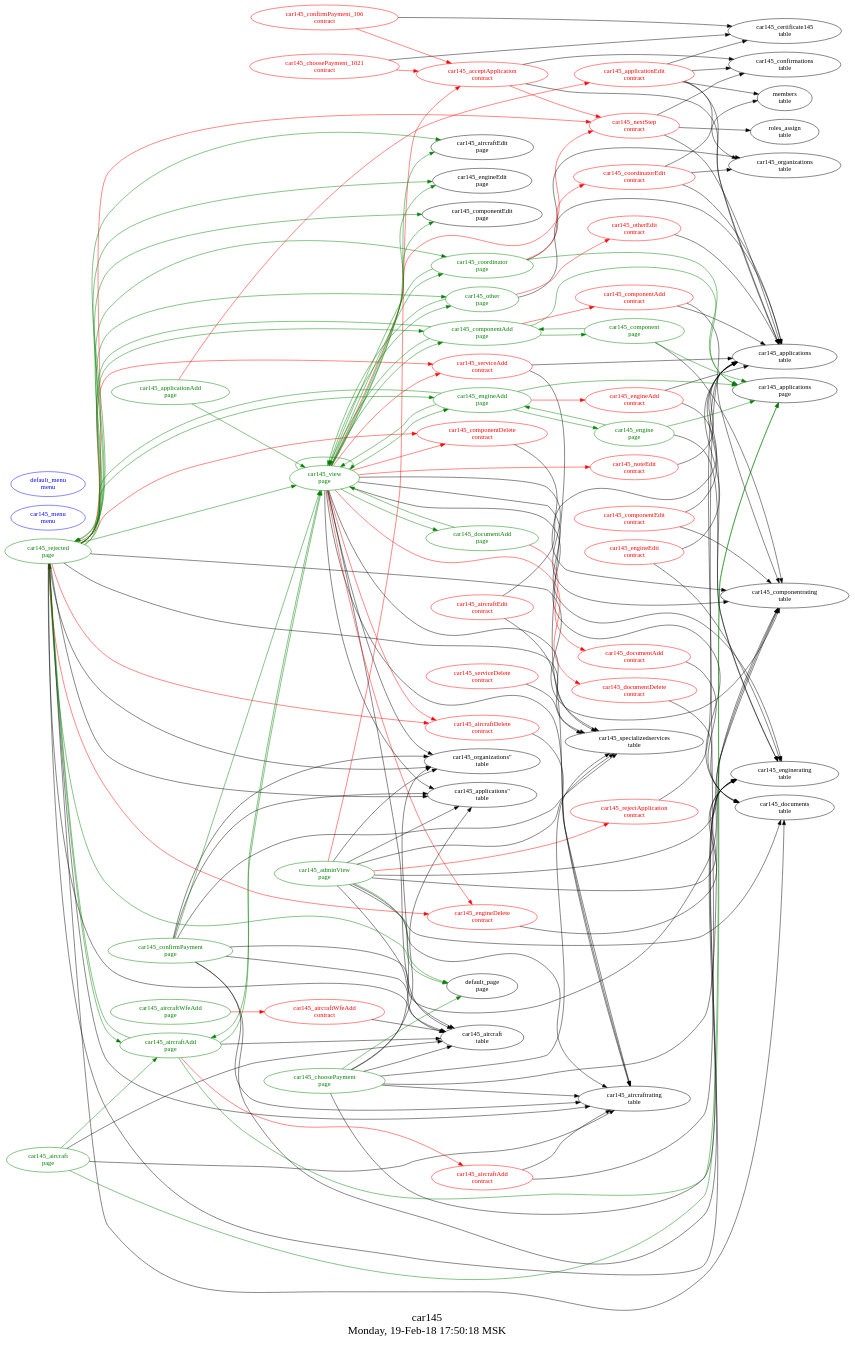
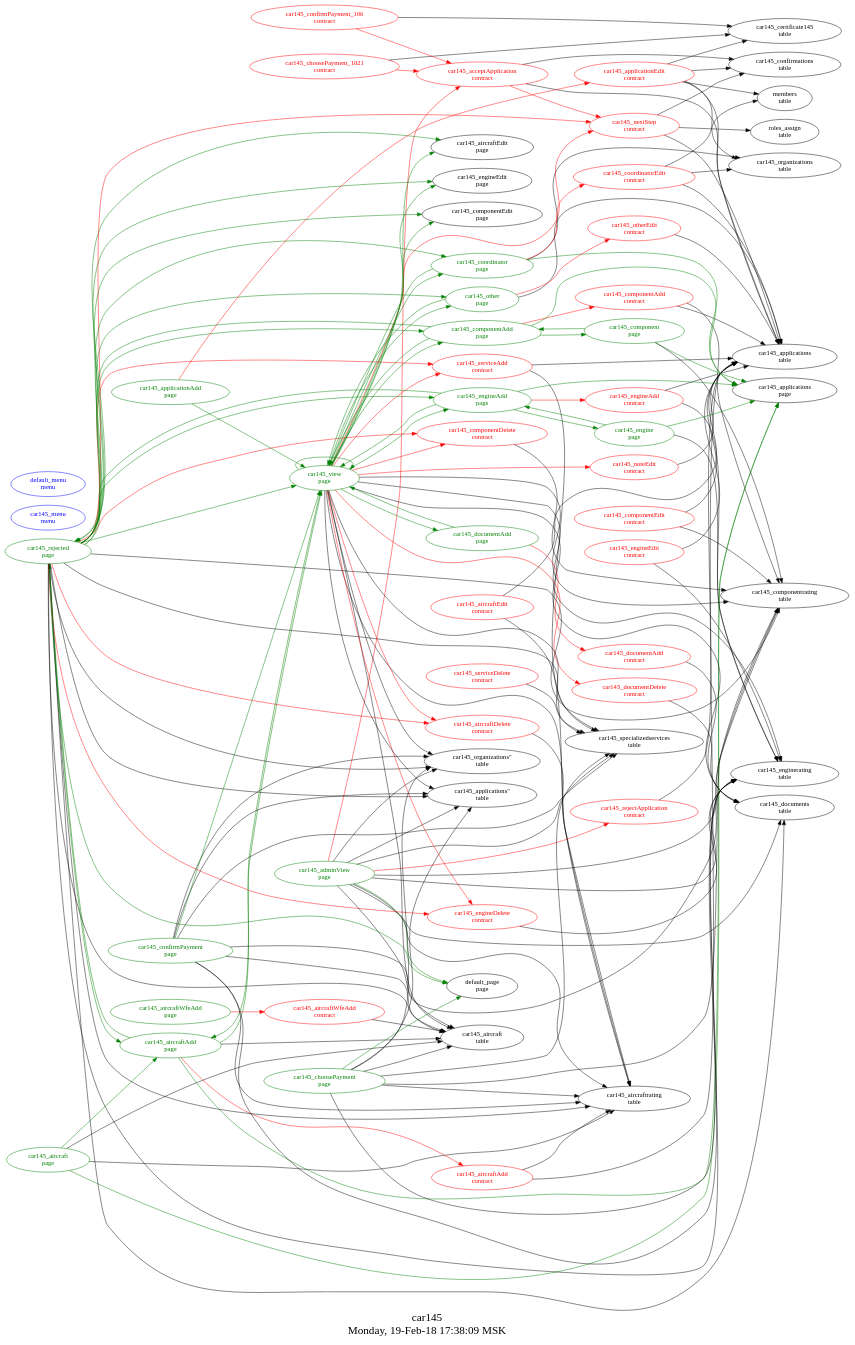
The diagram in src/car145/struct.dot (AplaProject/apps), drawn with Graphviz before and after one commit. The commit also changed 11 other files, not shown here.

```diff
--- a/src/car145/struct.dot
+++ b/src/car145/struct.dot
@@ -1,9 +1,7 @@
 digraph G {
-graph [
-  fontsize="24.0";
-  label="car145\nMonday, 19-Feb-18 17:50:18 MSK";
-  rankdir=LR;
-];
+fontsize="24.0";
+label="car145\nMonday, 19-Feb-18 17:38:09 MSK";
+rankdir=LR;
 "car145_acceptApplication\ncontract" -> "car145_nextStep\ncontract"  [ color=red ]
 "car145_acceptApplication\ncontract" -> "car145_confirmations\ntable"  [ color="" ]
 "car145_acceptApplication\ncontract" -> "car145_applications\ntable"  [ color="" ]
```
